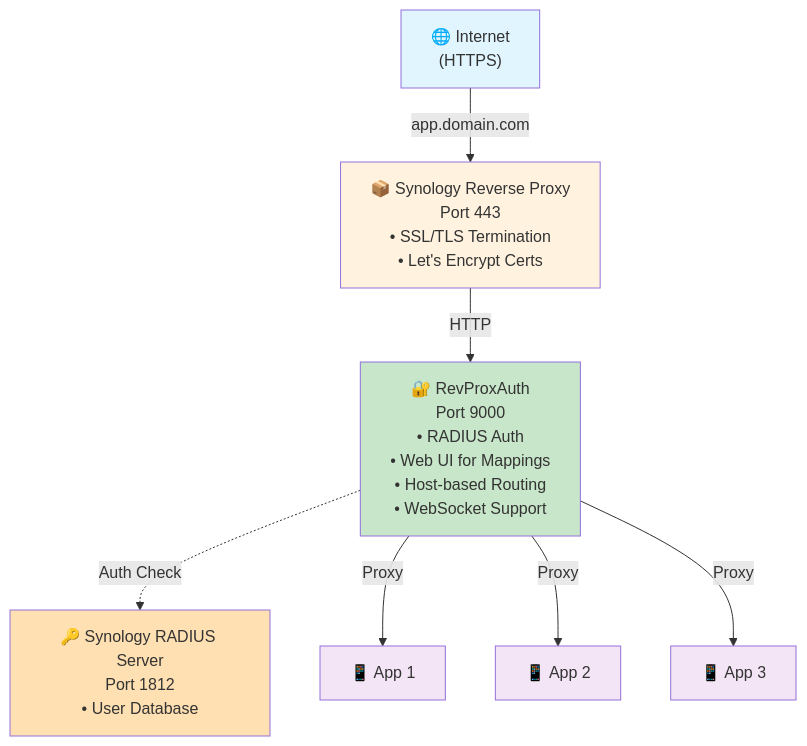
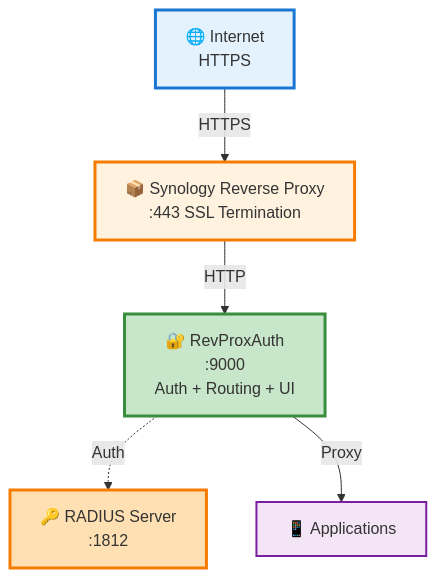
Before and after one commit to okigan/revproxauth: the first of 4 diagrams in README.md, drawn with Mermaid. The commit also changed other lines of this file and 3 other files, not shown here.

First line of the commit message:
Update README diagrams and wording; add Python packaging & multi-stage Dockerfile for radius-auth-py

````diff
--- a/README.md
+++ b/README.md
@@ -47,25 +47,19 @@
 ```mermaid
 graph TB
-    Internet["🌐 Internet<br/>(HTTPS)"]
-    SynProxy["📦 Synology Reverse Proxy<br/>Port 443<br/>• SSL/TLS Termination<br/>• Let's Encrypt Certs"]
-    RevProx["🔐 RevProxAuth<br/>Port 9000<br/>• RADIUS Auth<br/>• Web UI for Mappings<br/>• Host-based Routing<br/>• WebSocket Support"]
-    RADIUS["🔑 Synology RADIUS Server<br/>Port 1812<br/>• User Database"]
-    App1["📱 App 1"]
-    App2["📱 App 2"]
-    App3["📱 App 3"]
+    Internet["🌐 Internet<br/>HTTPS"]
+    Synology["📦 Synology Reverse Proxy<br/>:443 SSL Termination"]
+    RevProx["🔐 RevProxAuth<br/>:9000<br/>Auth + Routing + UI"]
+    RADIUS["🔑 RADIUS Server<br/>:1812"]
+    Apps["📱 Applications"]
     
-    Internet -->|"app.domain.com"| SynProxy
-    SynProxy -->|"HTTP"| RevProx
-    RevProx -.->|"Auth Check"| RADIUS
-    RevProx -->|"Proxy"| App1
-    RevProx -->|"Proxy"| App2
-    RevProx -->|"Proxy"| App3
+    Internet -->|HTTPS| Synology
+    Synology -->|HTTP| RevProx
+    RevProx -.->|Auth| RADIUS
+    RevProx -->|Proxy| Apps
     
-    style Internet fill:#e1f5ff
-    style SynProxy fill:#fff3e0
-    style RevProx fill:#c8e6c9
-    style RADIUS fill:#ffe0b2
-    style App1 fill:#f3e5f5
-    style App2 fill:#f3e5f5
-    style App3 fill:#f3e5f5
+    style Internet fill:#e3f2fd,stroke:#1976d2,stroke-width:3px
+    style Synology fill:#fff3e0,stroke:#f57c00,stroke-width:3px
+    style RevProx fill:#c8e6c9,stroke:#388e3c,stroke-width:3px
+    style RADIUS fill:#ffe0b2,stroke:#f57c00,stroke-width:3px
+    style Apps fill:#f3e5f5,stroke:#7b1fa2,stroke-width:2px
 ```
````
